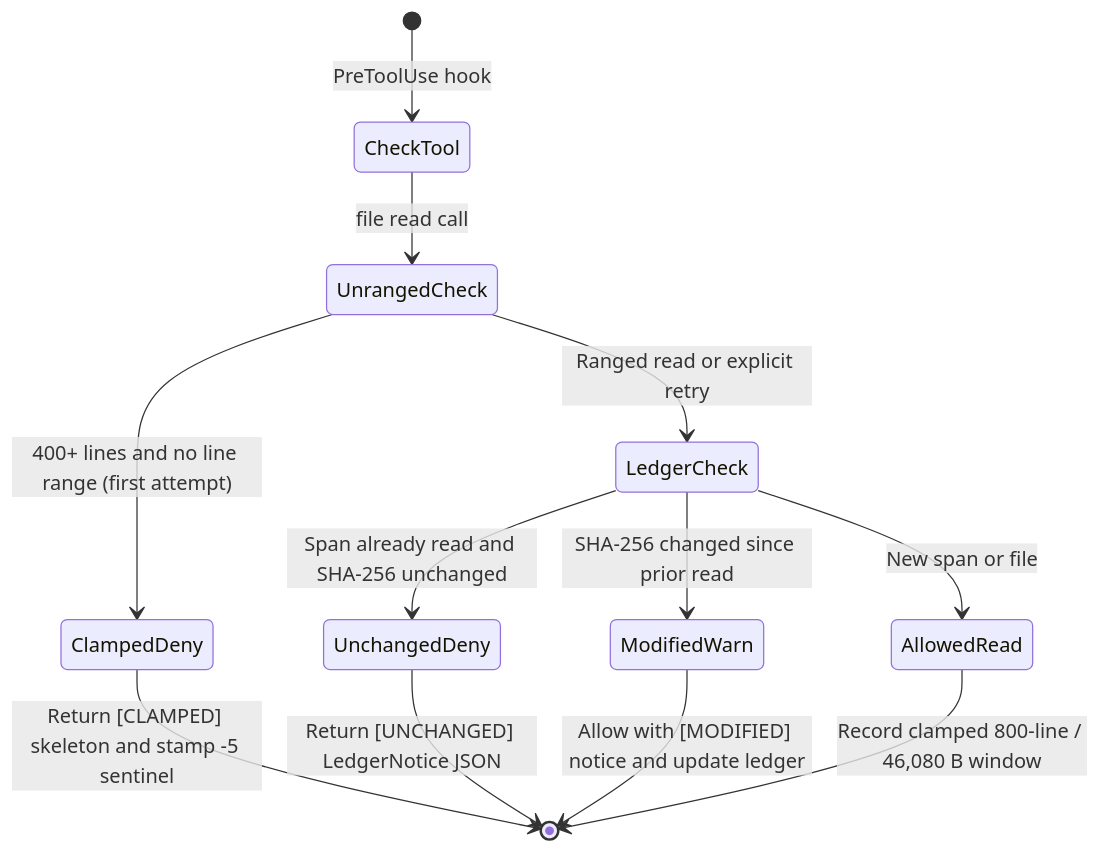
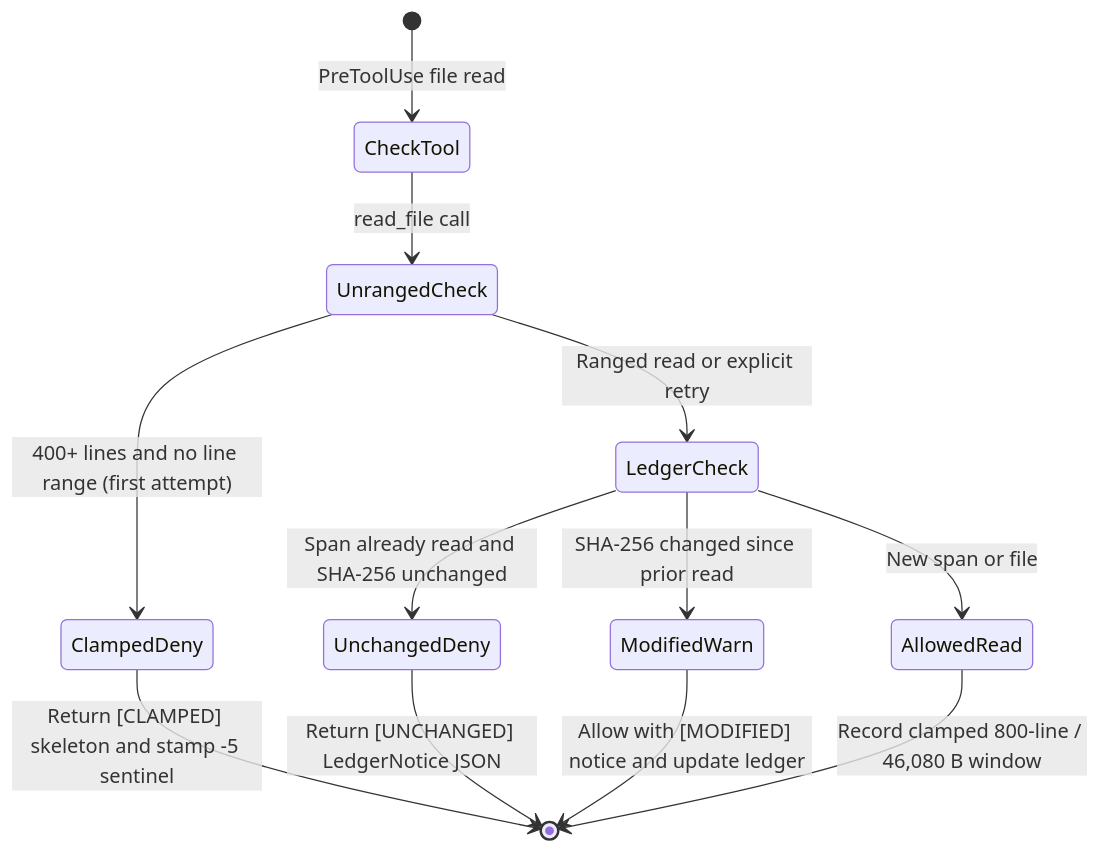
One commit to kesokaj/fyr changed the fourth of 5 diagrams in features/hooks-and-ast-graph.md. Above: the diagram before and after it, drawn with Mermaid. The commit also changed other lines of this file and 1 other file, not shown here.

Commit message:
docs: document schema v7 coordinator pre-hooks and worker JIT capsule (Phase 3B)

````diff
--- a/features/hooks-and-ast-graph.md
+++ b/features/hooks-and-ast-graph.md
@@ -83,14 +125,14 @@
 ```mermaid
 stateDiagram-v2
-    [*] --> CheckTool: PreToolUse hook
-    CheckTool --> UnrangedCheck: file read call
+    [*] --> CheckTool: PreToolUse file read
+    CheckTool --> UnrangedCheck: read_file call
     UnrangedCheck --> ClampedDeny: 400+ lines and no line range (first attempt)
     ClampedDeny --> [*]: Return [CLAMPED] skeleton and stamp -5 sentinel
     UnrangedCheck --> LedgerCheck: Ranged read or explicit retry
     LedgerCheck --> UnchangedDeny: Span already read and SHA-256 unchanged
     UnchangedDeny --> [*]: Return [UNCHANGED] LedgerNotice JSON
     LedgerCheck --> ModifiedWarn: SHA-256 changed since prior read
     ModifiedWarn --> [*]: Allow with [MODIFIED] notice and update ledger
     LedgerCheck --> AllowedRead: New span or file
     AllowedRead --> [*]: Record clamped 800-line / 46,080 B window
 ```
````
